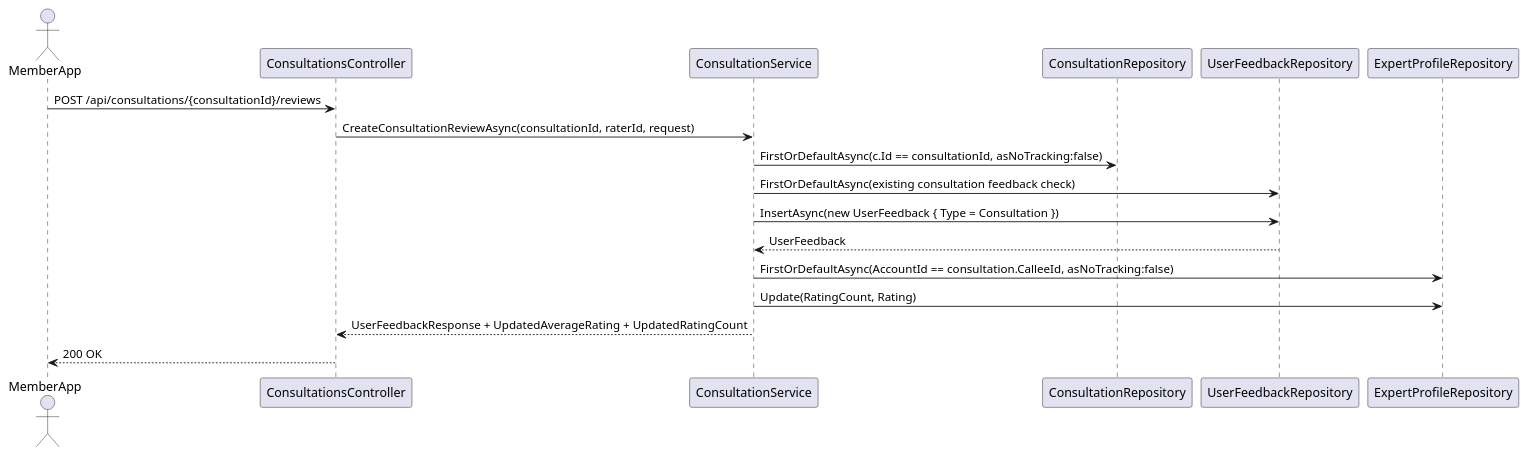
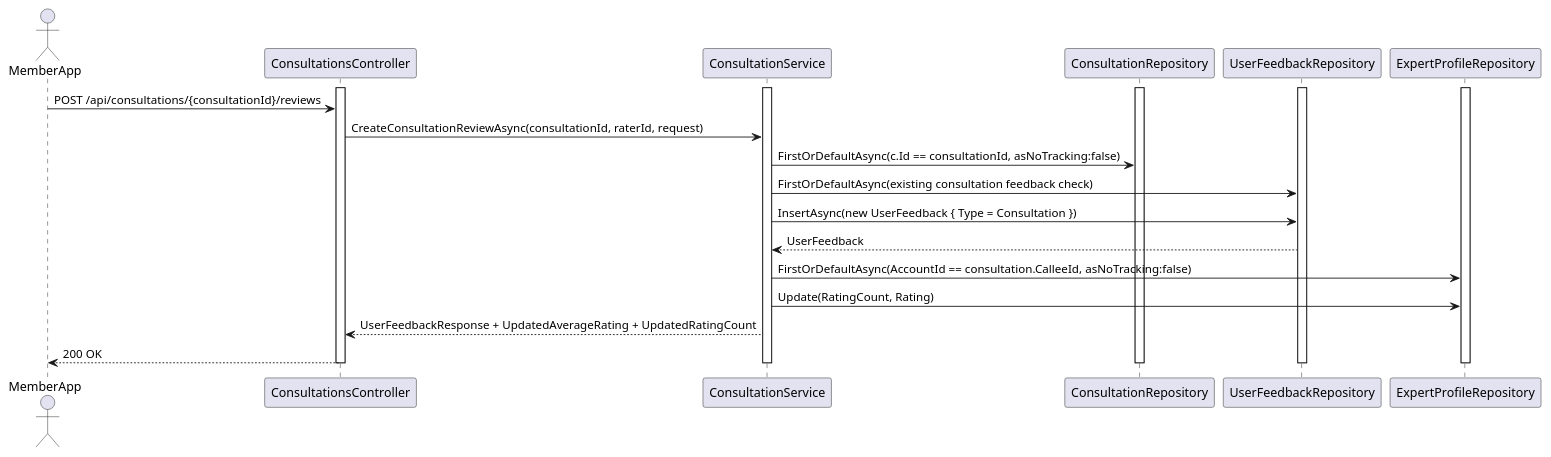
One commit to Snake-AID/SnakeAid.Docs changed diagram 16 of 16 in Docs/11-SoftwareDocument/Report 5/SnakeAid Report4_Software Design Document.docx.md. Above: the diagram before and after it, drawn with PlantUML. The commit also changed other lines of this file, not shown here.

Commit message:
docs(sequence-diagrams): enhance activation and deactivation sequences for consultation services

````diff
--- a/Docs/11-SoftwareDocument/Report 5/SnakeAid Report4_Software Design Document.docx.md
+++ b/Docs/11-SoftwareDocument/Report 5/SnakeAid Report4_Software Design Document.docx.md
@@ -1413,21 +1552,31 @@
 ```plantuml
 @startuml
 actor MemberApp
 participant ConsultationsController
 participant ConsultationService
 participant ConsultationRepository
 participant UserFeedbackRepository
 participant ExpertProfileRepository
+activate ConsultationsController
+activate ConsultationService
+activate ConsultationRepository
+activate UserFeedbackRepository
+activate ExpertProfileRepository
 
 MemberApp -> ConsultationsController: POST /api/consultations/{consultationId}/reviews
 ConsultationsController -> ConsultationService: CreateConsultationReviewAsync(consultationId, raterId, request)
 ConsultationService -> ConsultationRepository: FirstOrDefaultAsync(c.Id == consultationId, asNoTracking:false)
 ConsultationService -> UserFeedbackRepository: FirstOrDefaultAsync(existing consultation feedback check)
 ConsultationService -> UserFeedbackRepository: InsertAsync(new UserFeedback { Type = Consultation })
 UserFeedbackRepository --> ConsultationService: UserFeedback
 ConsultationService -> ExpertProfileRepository: FirstOrDefaultAsync(AccountId == consultation.CalleeId, asNoTracking:false)
 ConsultationService -> ExpertProfileRepository: Update(RatingCount, Rating)
 ConsultationService --> ConsultationsController: UserFeedbackResponse + UpdatedAverageRating + UpdatedRatingCount
 ConsultationsController --> MemberApp: 200 OK
+deactivate ExpertProfileRepository
+deactivate UserFeedbackRepository
+deactivate ConsultationRepository
+deactivate ConsultationService
+deactivate ConsultationsController
 @enduml
 ```
````
